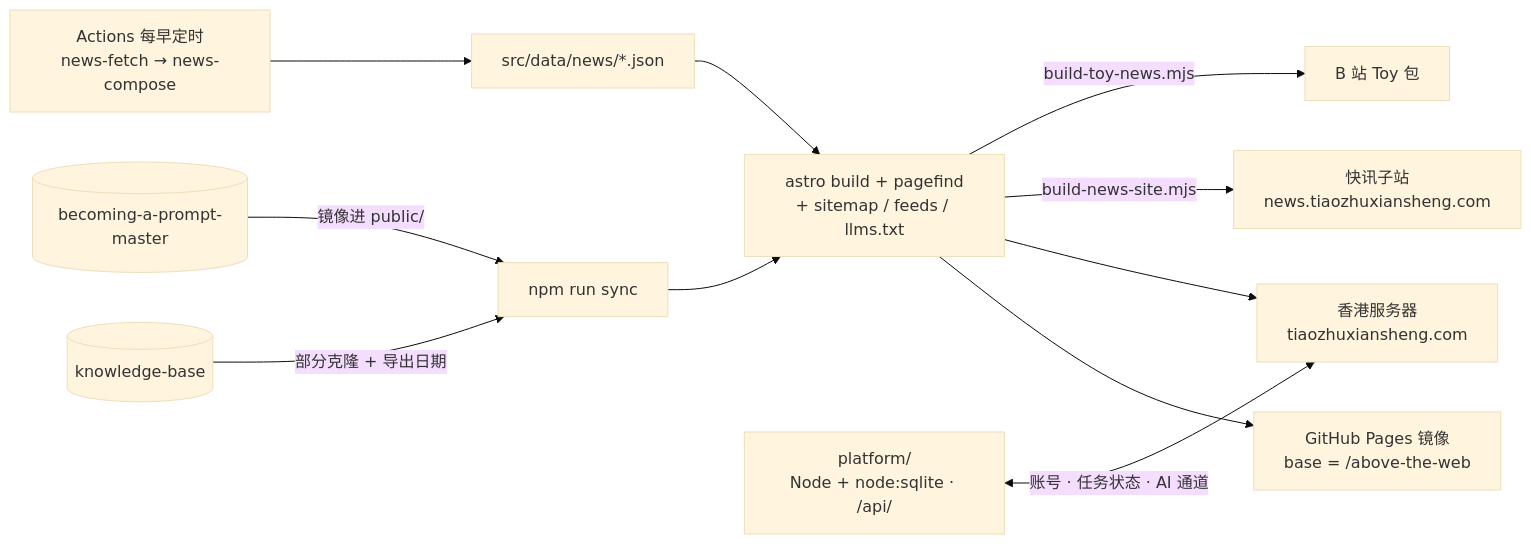
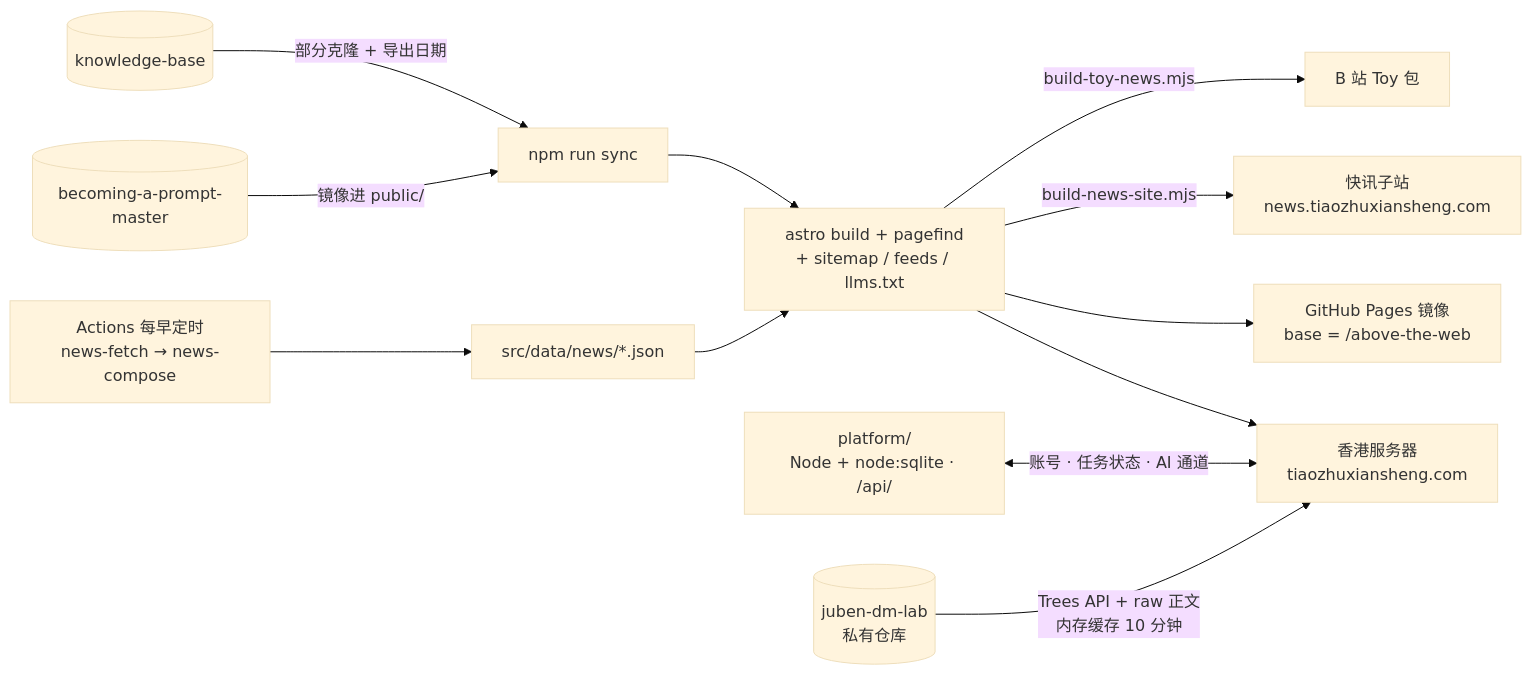
One commit to Mr-Salticidae/above-the-web changed the diagram in README.md. Above: the diagram before and after it, drawn with Mermaid (base theme). The commit also changed other lines of this file and 6 other files, not shown here.

````diff
--- a/README.md
+++ b/README.md
@@ -55,13 +58,14 @@
 ```mermaid
 flowchart LR
   KB[("knowledge-base")] -->|部分克隆 + 导出日期| SYNC["npm run sync"]
   PM[("becoming-a-prompt-master")] -->|镜像进 public/| SYNC
   CRON["Actions 每早定时<br/>news-fetch → news-compose"] --> NEWS["src/data/news/*.json"]
   SYNC --> BUILD["astro build + pagefind<br/>+ sitemap / feeds / llms.txt"]
   NEWS --> BUILD
   BUILD --> PAGES["GitHub Pages 镜像<br/>base = /above-the-web"]
   BUILD --> HK["香港服务器<br/>tiaozhuxiansheng.com"]
   BUILD -->|build-news-site.mjs| SUB["快讯子站<br/>news.tiaozhuxiansheng.com"]
   BUILD -->|build-toy-news.mjs| TOY["B 站 Toy 包"]
   API["platform/<br/>Node + node:sqlite · /api/"] <-->|账号 · 任务状态 · AI 通道| HK
+  JB[("juben-dm-lab<br/>私有仓库")] -->|Trees API + raw 正文<br/>内存缓存 10 分钟| HK
 ```
````
